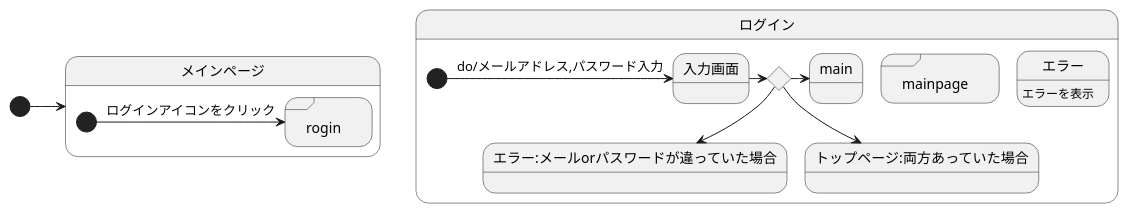
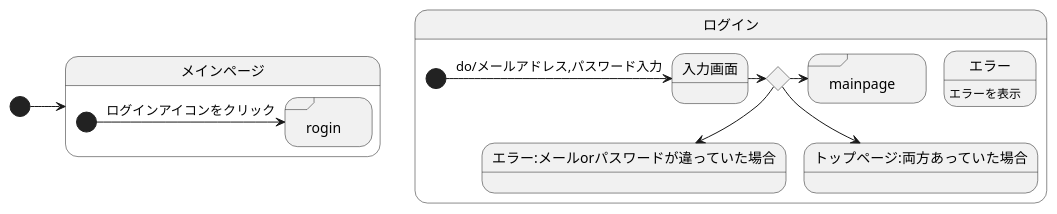
Before and after one commit to akutori/T-D-E: the diagram in UML.md, drawn with PlantUML.

````diff
--- a/UML.md
+++ b/UML.md
@@ -1,28 +1,28 @@
 ```uml
 @startuml
 
 
 [*]->メインページ
 state メインページ{
 state rogin
     [*]-> rogin : ログインアイコンをクリック
 
 }
 state "rogin" <<sdlreceive>> 
 
 state ログイン{
 state input <<choice>>
 state "mainpage" <<sdlreceive>>
 エラー:エラーを表示
     [*]-> 入力画面:do/メールアドレス,パスワード入力
     入力画面->input
     input --> エラー:メールorパスワードが違っていた場合
 
     input --> トップページ:両方あっていた場合
-    input -> main
+    input -> mainpage
 }
 
 
 
 @enduml
 ```
````
